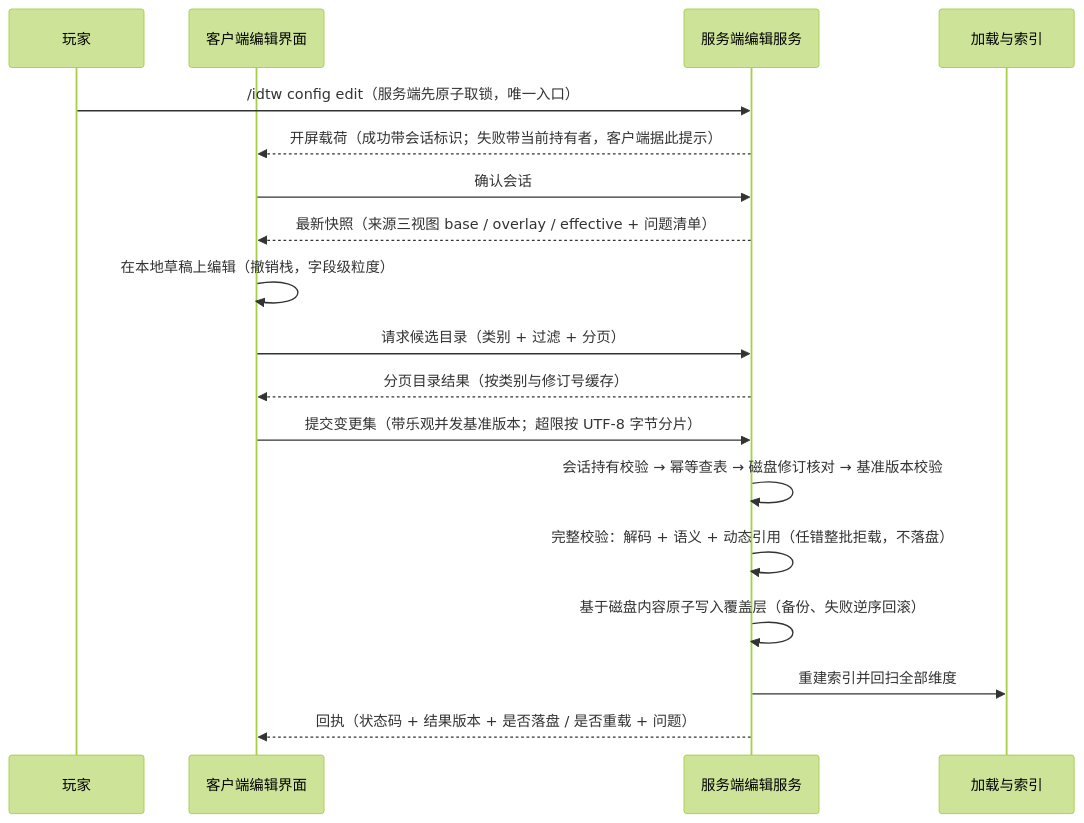
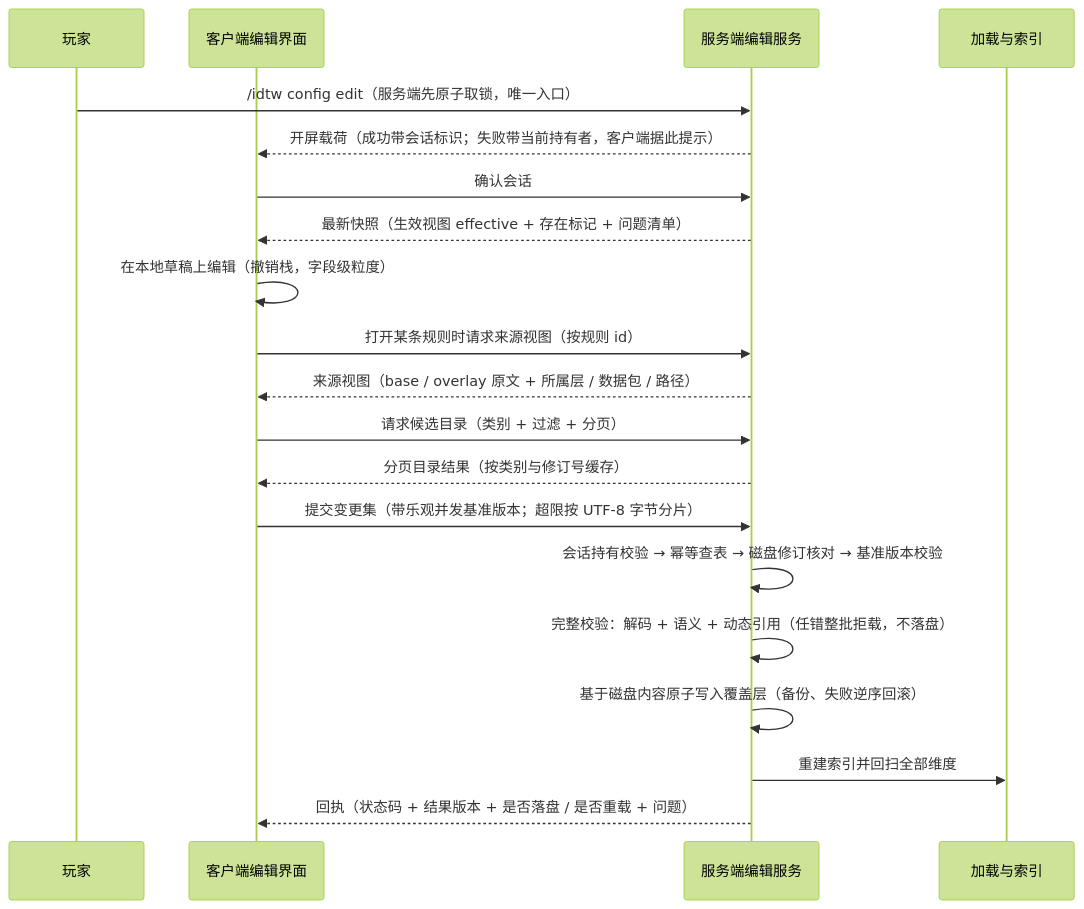
One commit to meteoritel/item-despawn-to-what changed the third of 4 diagrams in docs/dev/flows.md. Above: the diagram before and after it, drawn with Mermaid (forest theme). The commit also changed 39 other files, not shown here.

First line of the commit message:
feat(edit): 快照瘦身并按需加载来源视图

````diff
--- a/docs/dev/flows.md
+++ b/docs/dev/flows.md
@@ -71,21 +71,23 @@
 ```mermaid
 sequenceDiagram
     participant P as 玩家
     participant UI as 客户端编辑界面
     participant SV as 服务端编辑服务
     participant LD as 加载与索引
 
     P->>SV: /idtw config edit（服务端先原子取锁，唯一入口）
     SV-->>UI: 开屏载荷（成功带会话标识；失败带当前持有者，客户端据此提示）
     UI->>SV: 确认会话
-    SV-->>UI: 最新快照（来源三视图 base / overlay / effective + 问题清单）
+    SV-->>UI: 最新快照（生效视图 effective + 存在标记 + 问题清单）
     UI->>UI: 在本地草稿上编辑（撤销栈，字段级粒度）
+    UI->>SV: 打开某条规则时请求来源视图（按规则 id）
+    SV-->>UI: 来源视图（base / overlay 原文 + 所属层 / 数据包 / 路径）
     UI->>SV: 请求候选目录（类别 + 过滤 + 分页）
     SV-->>UI: 分页目录结果（按类别与修订号缓存）
     UI->>SV: 提交变更集（带乐观并发基准版本；超限按 UTF-8 字节分片）
     SV->>SV: 会话持有校验 → 幂等查表 → 磁盘修订核对 → 基准版本校验
     SV->>SV: 完整校验：解码 + 语义 + 动态引用（任错整批拒载，不落盘）
     SV->>SV: 基于磁盘内容原子写入覆盖层（备份、失败逆序回滚）
     SV->>LD: 重建索引并回扫全部维度
     SV-->>UI: 回执（状态码 + 结果版本 + 是否落盘 / 是否重载 + 问题）
 ```
````
